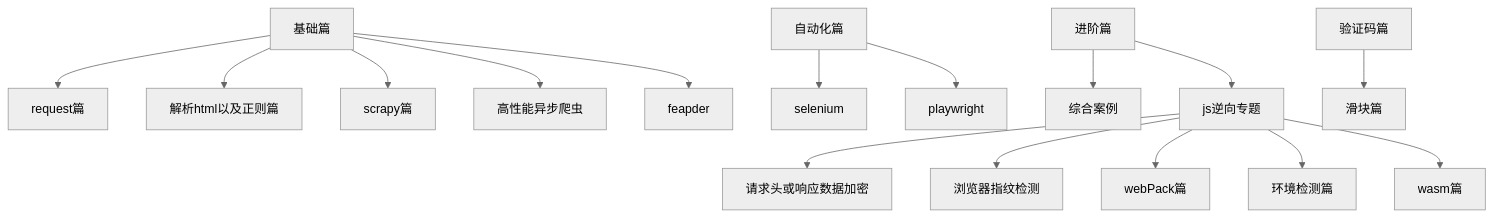
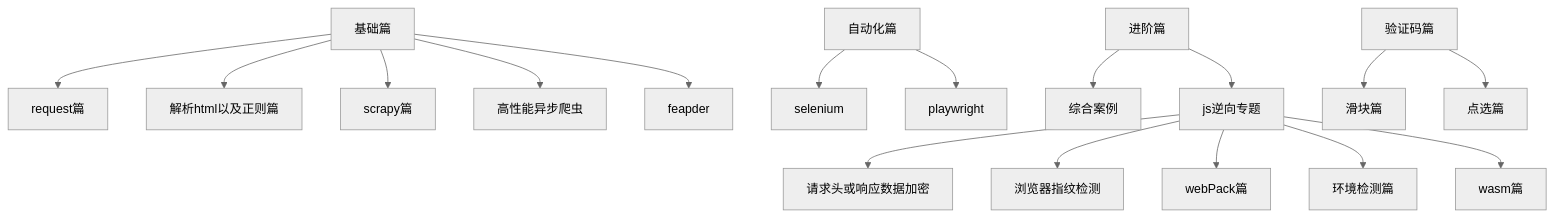
One commit to xishandong/crawlProject changed the diagram in README.md. Above: the diagram before and after it, drawn with Mermaid (neutral theme). The commit also changed other lines of this file and 2 other files, not shown here.

````diff
--- a/README.md
+++ b/README.md
@@ -31,18 +31,19 @@
 ``` mermaid
 graph TD;
     基础篇-->request篇;
     基础篇-->解析html以及正则篇;
     基础篇-->scrapy篇;
     基础篇 -->高性能异步爬虫;
     基础篇-->feapder;
     自动化篇-->selenium
     自动化篇-->playwright;
     进阶篇-->综合案例;
     进阶篇-->js逆向专题;
     js逆向专题-->请求头或响应数据加密;
     js逆向专题-->浏览器指纹检测;
     js逆向专题-->webPack篇;
     js逆向专题-->环境检测篇;
     js逆向专题-->wasm篇;
     验证码篇-->滑块篇;
+    验证码篇-->点选篇;
 ```
````
